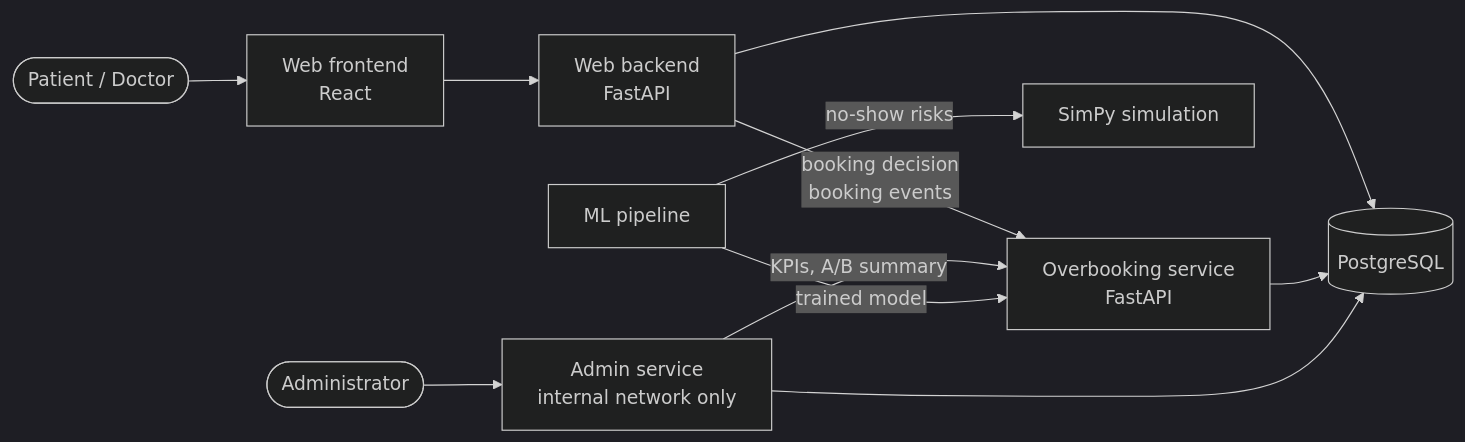
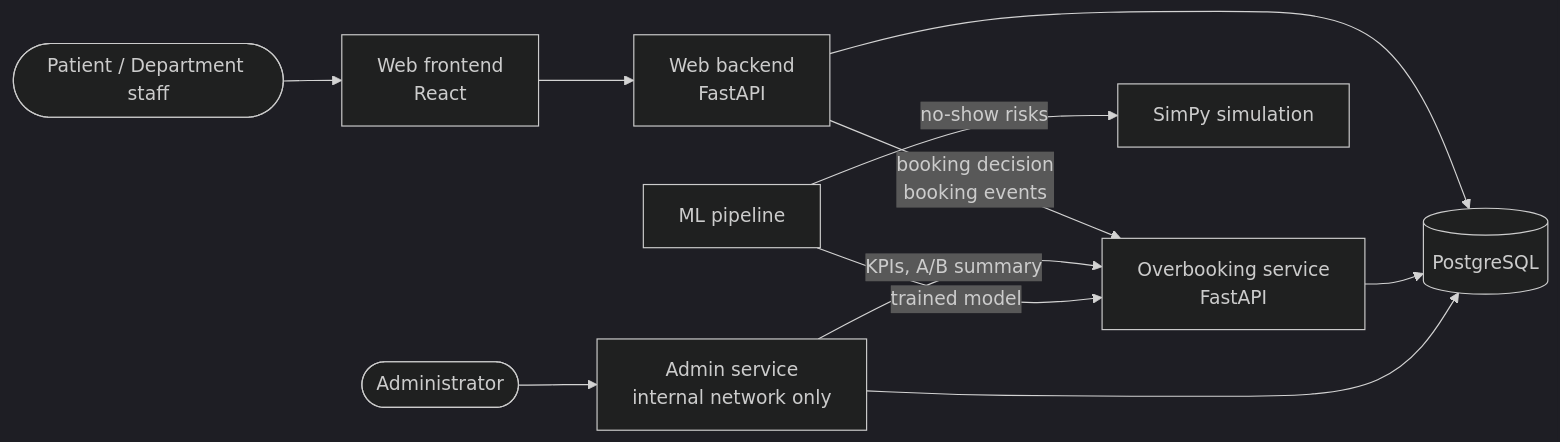
Before and after one commit to cnrasili/noshow-smart-scheduling: the diagram in README.md, drawn with Mermaid (dark theme). The commit also changed other lines of this file and 59 other files, not shown here.

Commit message:
feat: Log patients in by patient number and reduce the site to one department

````diff
--- a/README.md
+++ b/README.md
@@ -55,13 +55,13 @@
 ```mermaid
 flowchart LR
-    U([Patient / Doctor]) --> FE[Web frontend<br/>React]
+    U([Patient / Department staff]) --> FE[Web frontend<br/>React]
     A([Administrator]) --> ADM
     FE --> BE[Web backend<br/>FastAPI]
     BE -->|booking decision<br/>booking events| OS[Overbooking service<br/>FastAPI]
     BE --> DB[(PostgreSQL)]
     OS --> DB
     ADM[Admin service<br/>internal network only] -->|KPIs, A/B summary| OS
     ADM --> DB
     ML[ML pipeline] -->|trained model| OS
     ML -->|no-show risks| SIM[SimPy simulation]
 ```
````
